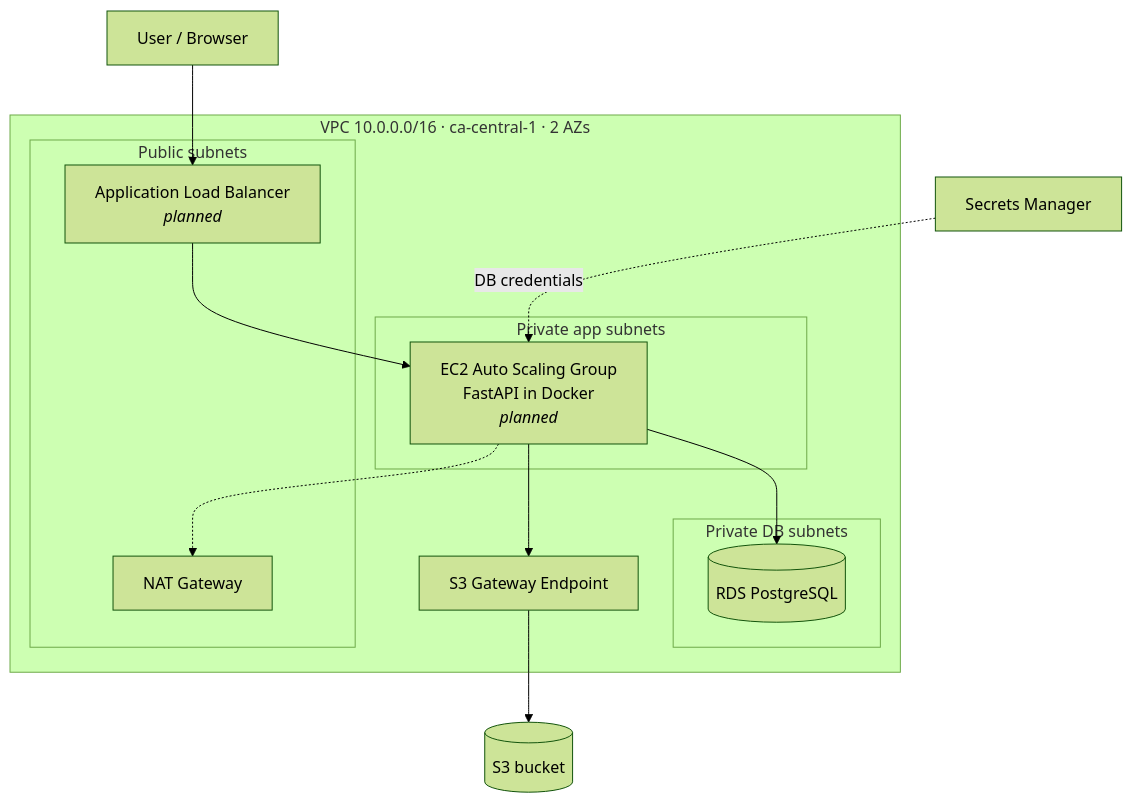
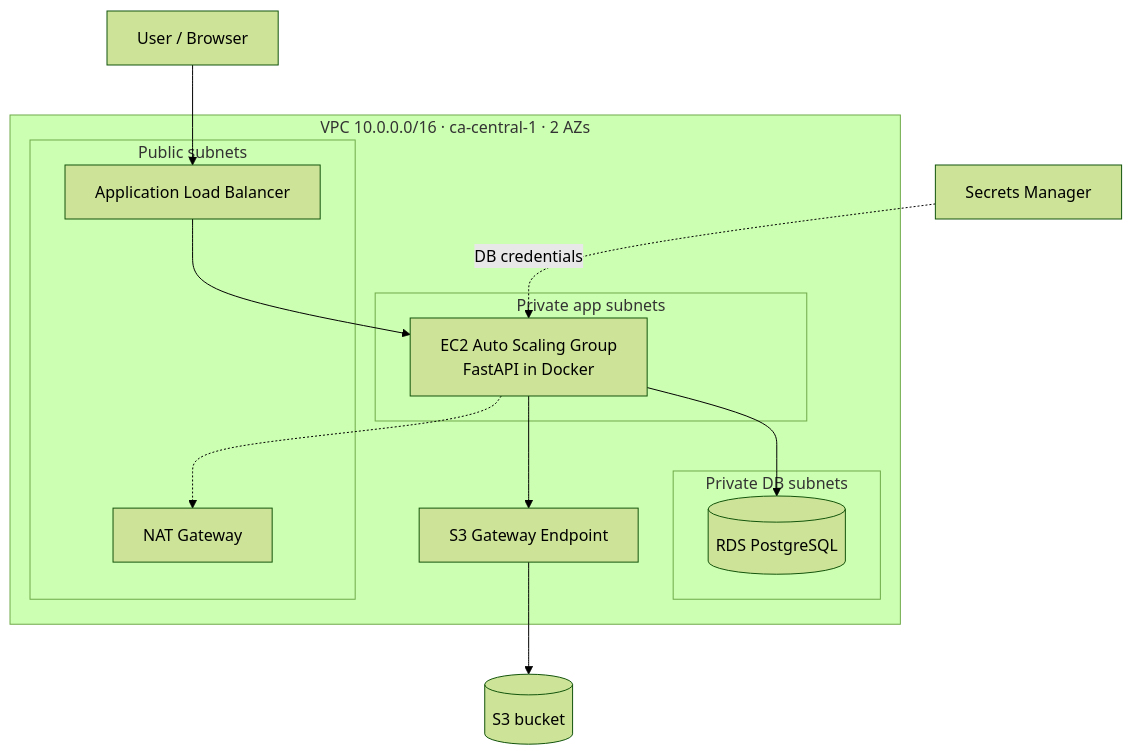
The diagram in README.md (naraianlegrand/aws-3tier-engops-portal), drawn with Mermaid (forest theme) before and after one commit. The commit also changed other lines of this file, not shown here.

````diff
--- a/README.md
+++ b/README.md
@@ -13,21 +14,21 @@
 ```mermaid
 flowchart TB
     U[User / Browser] --> ALB
     subgraph VPC["VPC 10.0.0.0/16 · ca-central-1 · 2 AZs"]
         subgraph PUB["Public subnets"]
-            ALB[Application Load Balancer<br/><i>planned</i>]
+            ALB[Application Load Balancer]
             NAT[NAT Gateway]
         end
         subgraph APP["Private app subnets"]
-            ASG[EC2 Auto Scaling Group<br/>FastAPI in Docker<br/><i>planned</i>]
+            ASG[EC2 Auto Scaling Group<br/>FastAPI in Docker]
         end
         subgraph DB["Private DB subnets"]
             RDS[(RDS PostgreSQL)]
         end
         S3EP[S3 Gateway Endpoint]
     end
     ALB --> ASG --> RDS
     ASG --> S3EP --> S3[(S3 bucket)]
     ASG -.-> NAT
     SM[Secrets Manager] -. DB credentials .-> ASG
 ```
````
